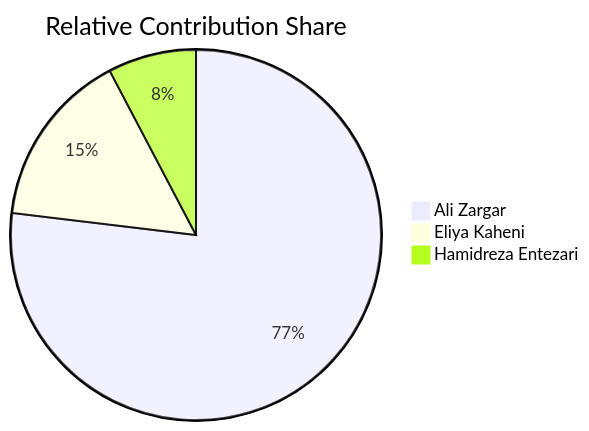
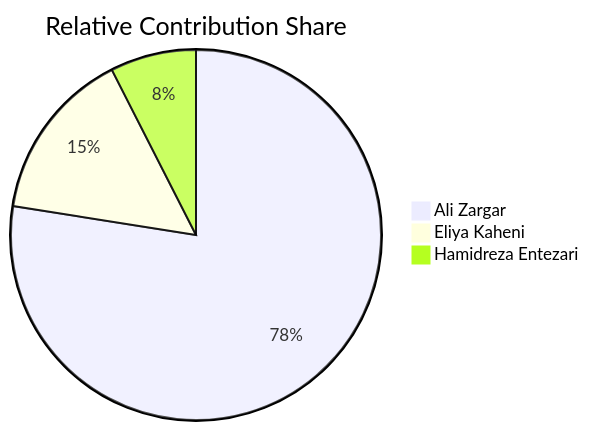
The first of 5 diagrams in README.md (0ALI0ZARGAR0/c-minus-compiler), drawn with Mermaid before and after one commit. The commit also changed other lines of this file, not shown here.

````diff
--- a/README.md
+++ b/README.md
@@ -51,7 +51,7 @@
 ```mermaid
 pie
     title Relative Contribution Share
-    "Ali Zargar" : 76.9
-    "Eliya Kaheni" : 15.4
-    "Hamidreza Entezari" : 7.7
+    "Ali Zargar" : 77.5
+    "Eliya Kaheni" : 15.0
+    "Hamidreza Entezari" : 7.5
 ```
````
